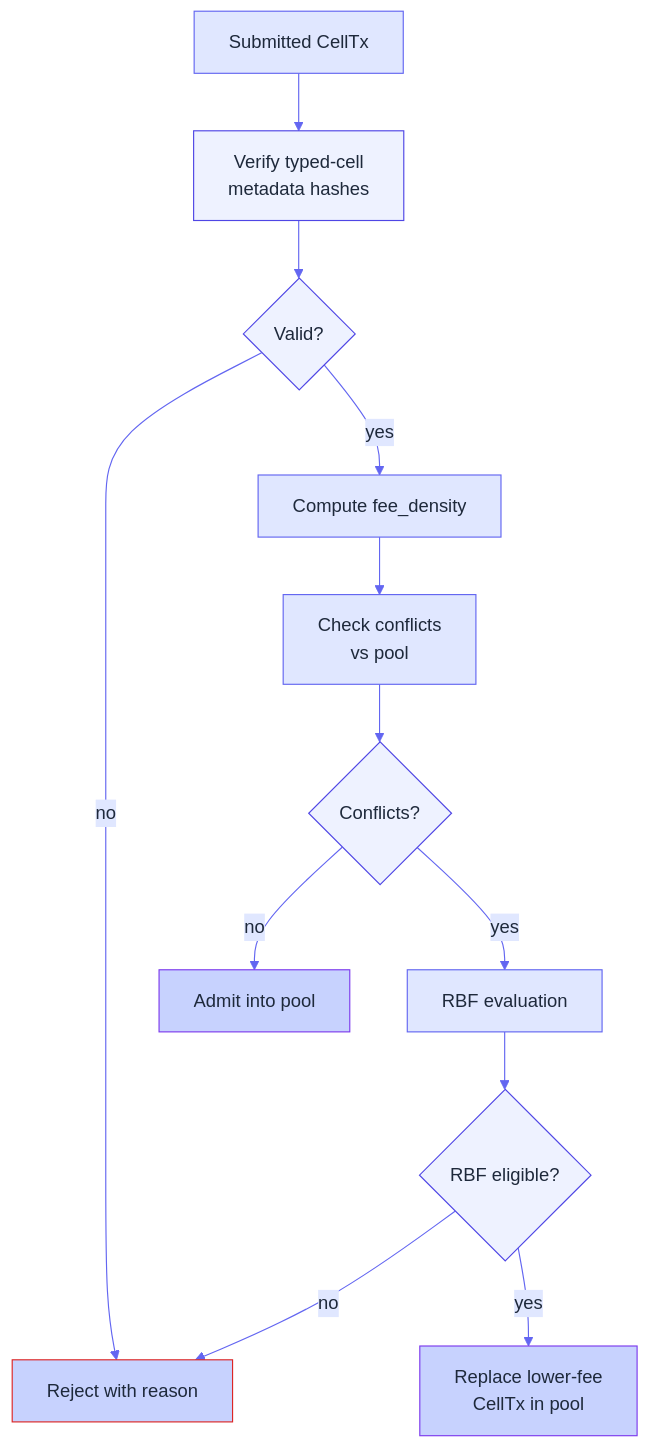
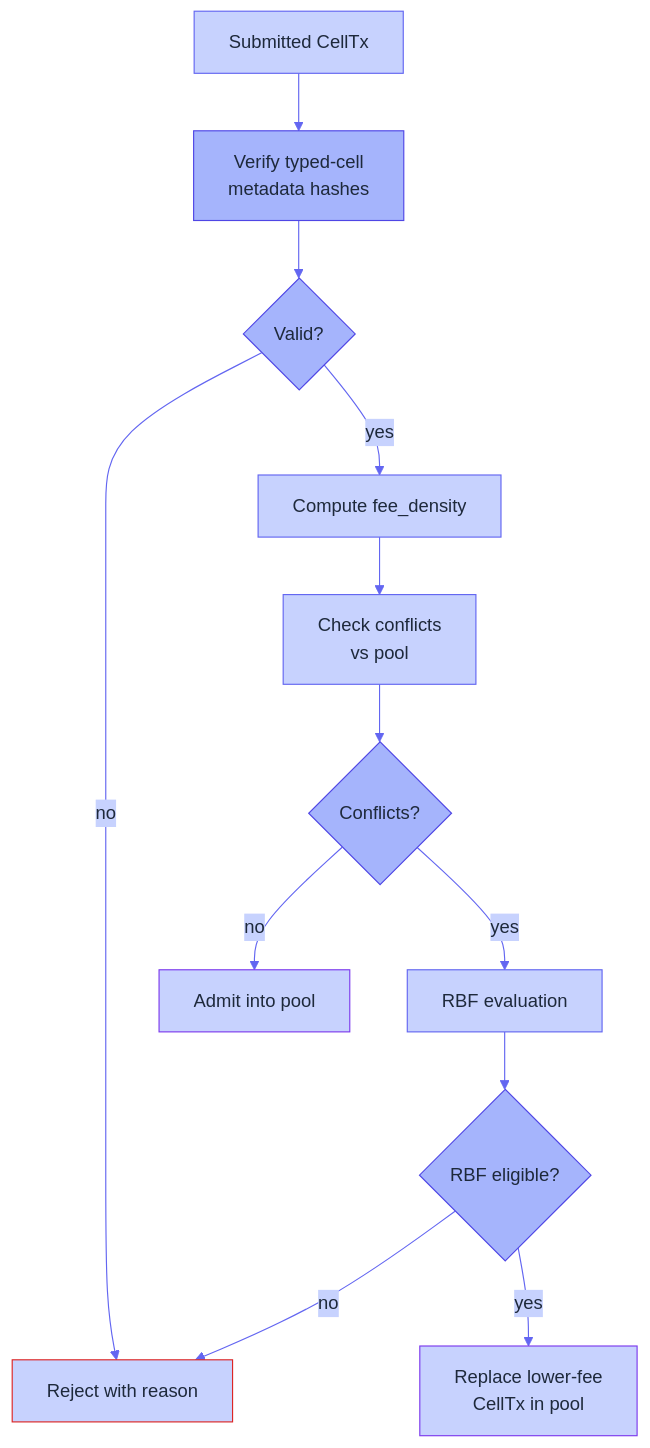
One commit to Myelin-Labs/Myelin changed the diagram in docs/architecture/mempool.md. Above: the diagram before and after it, drawn with Mermaid. The commit also changed 31 other files, not shown here.

````diff
--- a/docs/architecture/mempool.md
+++ b/docs/architecture/mempool.md
@@ -30,40 +30,40 @@
 ```mermaid
 %%{init: {
   "theme": "base",
   "themeVariables": {
-    "primaryColor": "#EEF2FF",
+    "primaryColor": "#A5B4FC",
     "primaryTextColor": "#1E293B",
     "primaryBorderColor": "#4F46E5",
     "lineColor": "#6366F1",
-    "secondaryColor": "#E0E7FF",
+    "secondaryColor": "#C7D2FE",
     "tertiaryColor": "#C7D2FE"
   }
 }}%%
 flowchart TB
     A["Submitted CellTx"]:::in
     B["Verify typed-cell<br/>metadata hashes"]:::check
     C{"Valid?"}:::q
     D["Compute fee_density"]:::stage
     E["Check conflicts<br/>vs pool"]:::stage
     F{"Conflicts?"}:::q
     G["RBF evaluation"]:::stage
     H{"RBF eligible?"}:::q
     I["Admit into pool"]:::good
     J["Reject with reason"]:::bad
     K["Replace lower-fee<br/>CellTx in pool"]:::good
 
     A --> B --> C
     C -- no  --> J
     C -- yes --> D --> E --> F
     F -- no --> I
     F -- yes --> G --> H
     H -- yes --> K
     H -- no  --> J
 
-    classDef in    fill:#E0E7FF,stroke:#6366F1,color:#1E293B;
-    classDef check fill:#EEF2FF,stroke:#4F46E5,color:#1E293B;
-    classDef stage fill:#E0E7FF,stroke:#6366F1,color:#1E293B;
-    classDef q     fill:#EEF2FF,stroke:#4F46E5,color:#1E293B;
+    classDef in    fill:#C7D2FE,stroke:#6366F1,color:#1E293B;
+    classDef check fill:#A5B4FC,stroke:#4F46E5,color:#1E293B;
+    classDef stage fill:#C7D2FE,stroke:#6366F1,color:#1E293B;
+    classDef q     fill:#A5B4FC,stroke:#4F46E5,color:#1E293B;
     classDef good  fill:#C7D2FE,stroke:#7C3AED,color:#1E293B;
     classDef bad   fill:#C7D2FE,stroke:#DC2626,color:#1E293B;
 ```
````
